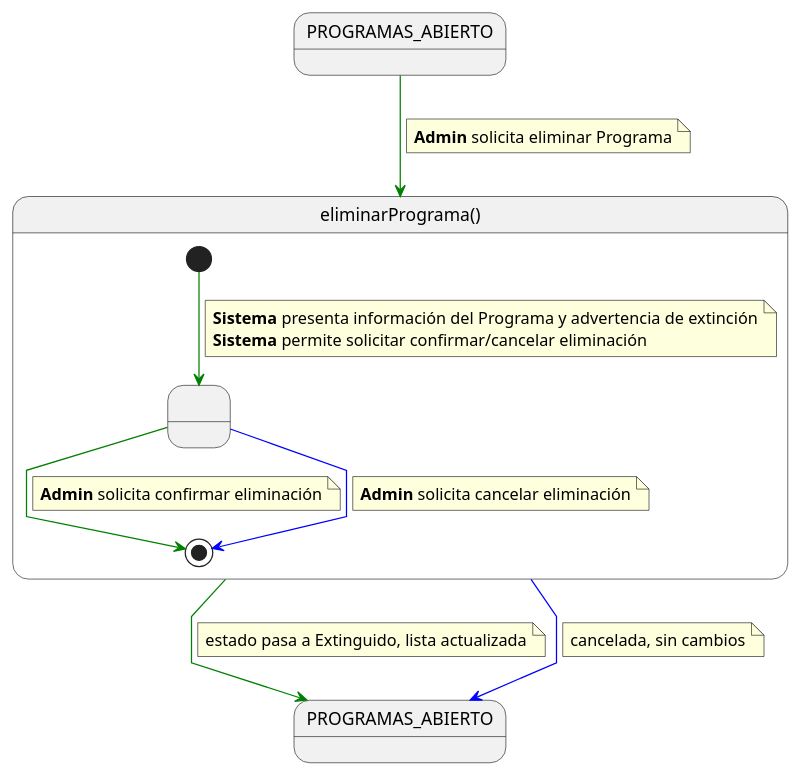
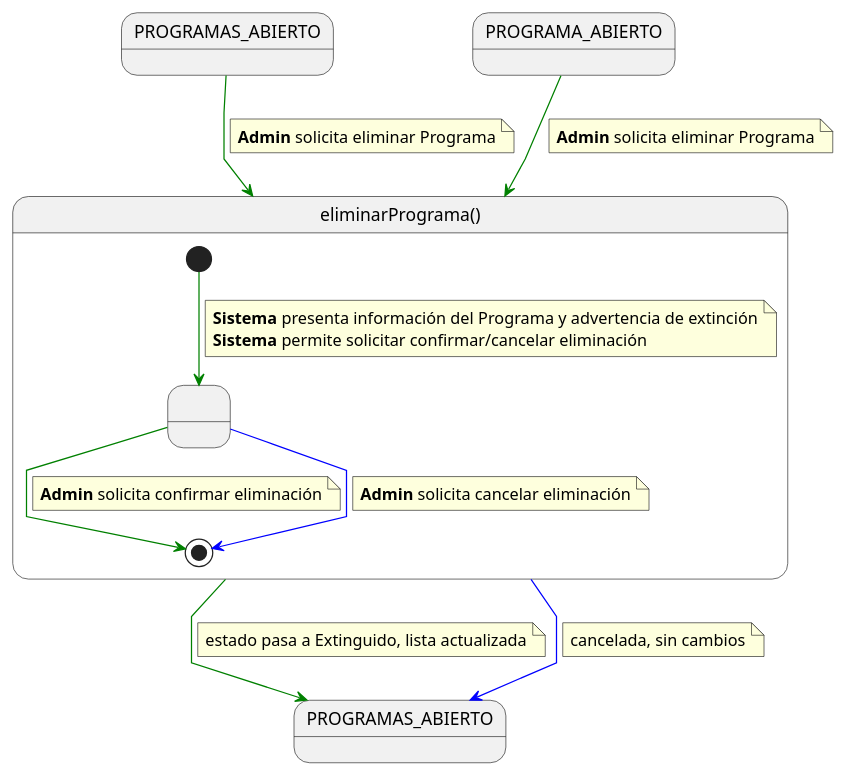
One commit to mmasias/pyCeldaPublico changed the diagram in RUP/01-requisitos/03-detalle-casos-uso/eliminarPrograma/especificacion.puml. Above: the diagram before and after it, drawn with PlantUML. The commit also changed 184 other files, not shown here.

```diff
--- a/RUP/01-requisitos/03-detalle-casos-uso/eliminarPrograma/especificacion.puml
+++ b/RUP/01-requisitos/03-detalle-casos-uso/eliminarPrograma/especificacion.puml
@@ -1,44 +1,50 @@
 @startuml eliminarPrograma
 
 skinparam linetype polyline
 
 state PROGRAMAS_ABIERTO
+state PROGRAMA_ABIERTO
 state PROGRAMAS_ABIERTOS_SALIDA as "PROGRAMAS_ABIERTO"
 
 PROGRAMAS_ABIERTO -[#green]-> eliminarPrograma
+note on link
+<b>Admin</b> solicita eliminar Programa
+end note
+
+PROGRAMA_ABIERTO -[#green]-> eliminarPrograma
 note on link
 <b>Admin</b> solicita eliminar Programa
 end note
 
 state eliminarPrograma as "eliminarPrograma()" {
 
     state " " as ConfirmandoEliminacion
 
     [*] -[#green]-> ConfirmandoEliminacion
     note on link
     <b>Sistema</b> presenta información del Programa y advertencia de extinción
     <b>Sistema</b> permite solicitar confirmar/cancelar eliminación
     end note
 
     ConfirmandoEliminacion -[#green]-> [*]
     note on link
     <b>Admin</b> solicita confirmar eliminación
     end note
 
     ConfirmandoEliminacion -[#blue]-> [*]
     note on link
     <b>Admin</b> solicita cancelar eliminación
     end note
 }
 
 eliminarPrograma -[#green]-> PROGRAMAS_ABIERTOS_SALIDA
 note on link
 estado pasa a Extinguido, lista actualizada
 end note
 
 eliminarPrograma -[#blue]-> PROGRAMAS_ABIERTOS_SALIDA
 note on link
 cancelada, sin cambios
 end note
 
 @enduml
```
